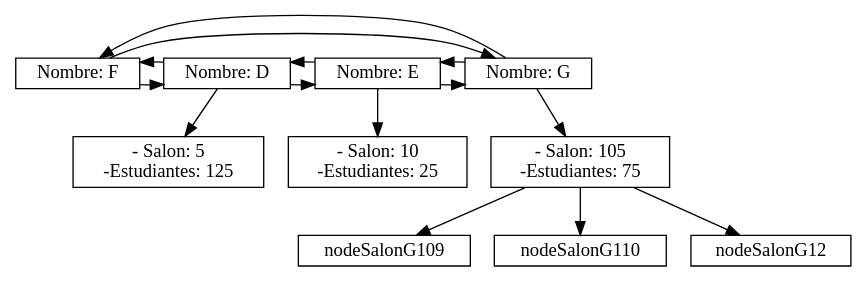
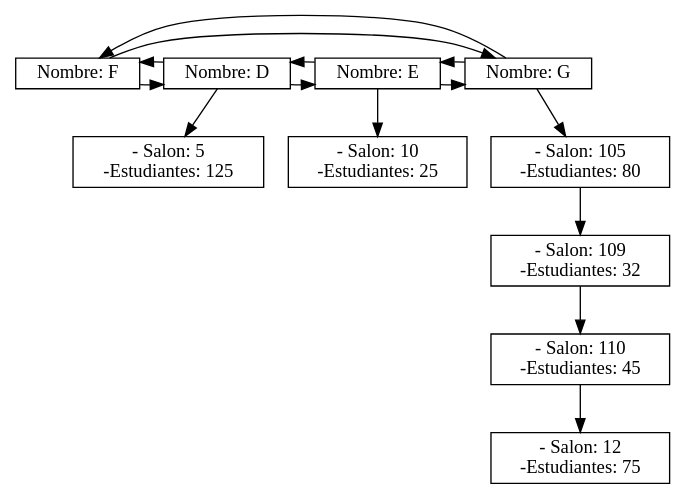
Before and after one commit to cresb-49/PROYECTO_FINAL_EDD: the diagram in Sistema_Asignacion/EdificiosSalones.dot, drawn with Graphviz. The commit also changed 17 other files, not shown here.

```diff
--- a/Sistema_Asignacion/EdificiosSalones.dot
+++ b/Sistema_Asignacion/EdificiosSalones.dot
@@ -1,42 +1,42 @@
 digraph USUARIOS {
 node[shape = box,height=.1];
 
 nodeLC_EDIFICIOF[label = "Nombre: F",group=1];
 nodeLC_EDIFICIOD[label = "Nombre: D",group=1];
 nodeLC_EDIFICIOE[label = "Nombre: E",group=1];
 nodeLC_EDIFICIOG[label = "Nombre: G",group=1];
 { rank = same;
 nodeLC_EDIFICIOF;
 nodeLC_EDIFICIOD;
 nodeLC_EDIFICIOE;
 nodeLC_EDIFICIOG;
 }
 nodeLC_EDIFICIOF -> nodeLC_EDIFICIOD;
 nodeLC_EDIFICIOF -> nodeLC_EDIFICIOG;
 nodeLC_EDIFICIOD -> nodeLC_EDIFICIOE;
 nodeLC_EDIFICIOD -> nodeLC_EDIFICIOF;
 nodeLC_EDIFICIOE -> nodeLC_EDIFICIOG;
 nodeLC_EDIFICIOE -> nodeLC_EDIFICIOD;
 nodeLC_EDIFICIOG -> nodeLC_EDIFICIOF;
 nodeLC_EDIFICIOG -> nodeLC_EDIFICIOE;
 subgraph{
-nodeSalonG105[label="- Salon: 105\n-Estudiantes: 75"];
-nodeSalonG105[label="- Salon: 105\n-Estudiantes: 75"];
-nodeSalonG105[label="- Salon: 105\n-Estudiantes: 75"];
-nodeSalonG105[label="- Salon: 105\n-Estudiantes: 75"];
+nodeSalonG105[label="- Salon: 105\n-Estudiantes: 80"];
+nodeSalonG109[label="- Salon: 109\n-Estudiantes: 32"];
+nodeSalonG110[label="- Salon: 110\n-Estudiantes: 45"];
+nodeSalonG12[label="- Salon: 12\n-Estudiantes: 75"];
 nodeLC_EDIFICIOG -> nodeSalonG105;
 nodeSalonG105 -> nodeSalonG109
-nodeSalonG105 -> nodeSalonG110
-nodeSalonG105 -> nodeSalonG12
+nodeSalonG109 -> nodeSalonG110
+nodeSalonG110 -> nodeSalonG12
 }
 subgraph{
 nodeSalonE10[label="- Salon: 10\n-Estudiantes: 25"];
 nodeLC_EDIFICIOE -> nodeSalonE10;
 }
 subgraph{
 nodeSalonD5[label="- Salon: 5\n-Estudiantes: 125"];
 nodeLC_EDIFICIOD -> nodeSalonD5;
 }
 subgraph{
 }
 }
```
